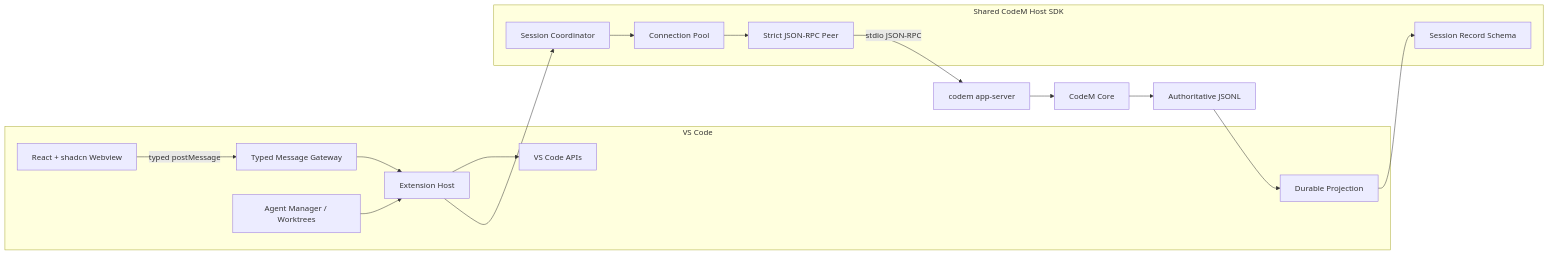
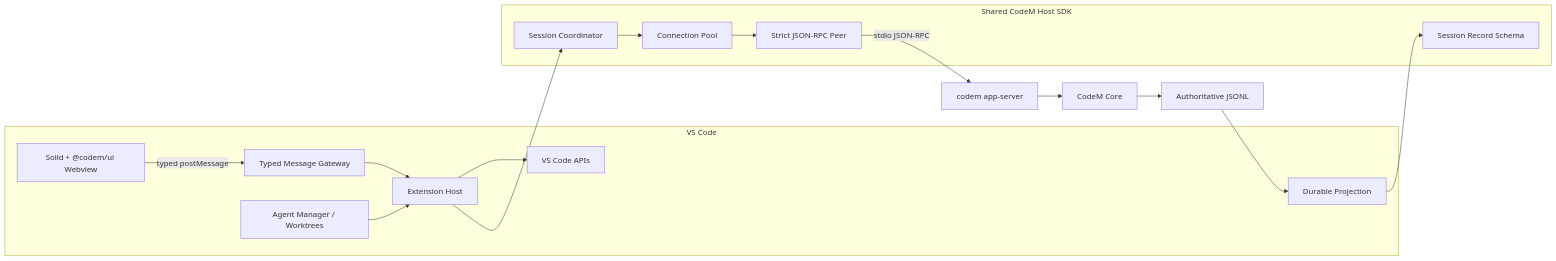
One commit to linmi/codem-vscode-public changed the diagram in vscode-plugin-plan.md. Above: the diagram before and after it, drawn with Mermaid. The commit also changed other lines of this file and 2817 other files, not shown here.

````diff
--- a/vscode-plugin-plan.md
+++ b/vscode-plugin-plan.md
@@ -84,29 +84,29 @@
 ```mermaid
 flowchart LR
   subgraph VS[VS Code]
-    WV[React + shadcn Webview]
+    WV[Solid + @codem/ui Webview]
     GW[Typed Message Gateway]
     HOST[Extension Host]
     VAPI[VS Code APIs]
     PROJ[Durable Projection]
     AM[Agent Manager / Worktrees]
     WV -->|typed postMessage| GW
     GW --> HOST
     HOST --> VAPI
     AM --> HOST
   end
   subgraph SDK[Shared CodeM Host SDK]
     POOL[Connection Pool]
     RPC[Strict JSON-RPC Peer]
     SESSION[Session Coordinator]
     SCHEMA[Session Record Schema]
     HOST --> SESSION
     SESSION --> POOL
     POOL --> RPC
     PROJ --> SCHEMA
   end
   RPC -->|stdio JSON-RPC| AS[codem app-server]
   AS --> CORE[CodeM Core]
   CORE --> JSONL[Authoritative JSONL]
   JSONL --> PROJ
 ```
````
